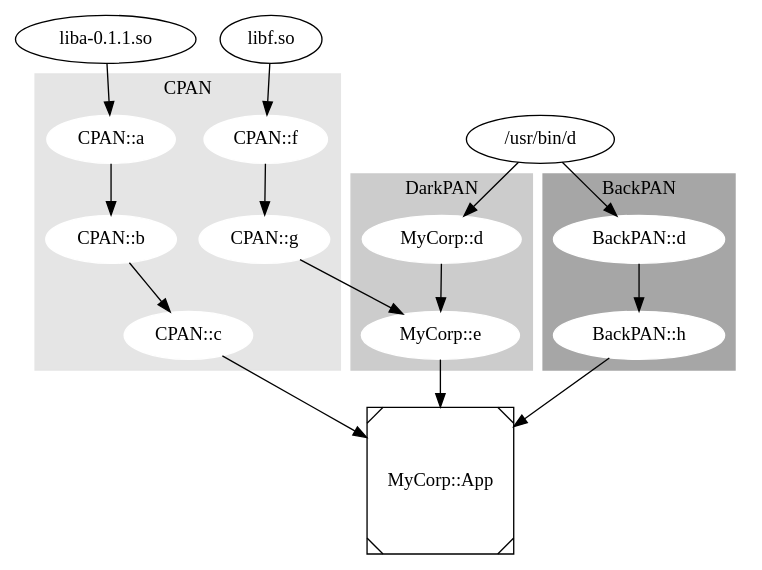
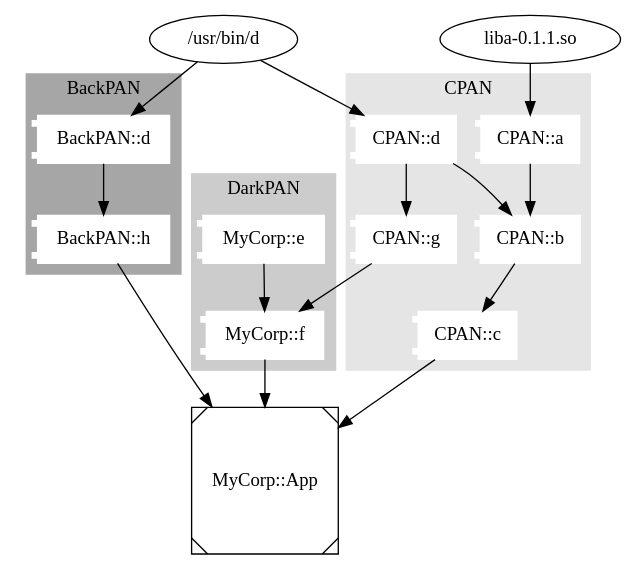
Before and after one commit to CPAN-Security/security.metacpan.org: the diagram in media/CPAN-deps-1.dot, drawn with Graphviz. The commit also changed 2 other files, not shown here.

Commit message:
Remove generated CPAN-deps images, since moving away from the GraphViz document

```diff
--- a/media/CPAN-deps-1.dot
+++ b/media/CPAN-deps-1.dot
@@ -1,41 +1,41 @@
-digraph Dependencies {
+strict digraph CPAN_Dependencies {
 
-  subgraph cluster_darkpan {
+  subgraph cluster_backpan {
     style=filled;
-    color="grey80";
-    node [style=filled,color=white];
-    label = "DarkPAN";
-
-    "MyCorp::d" -> "MyCorp::e";
+    color="grey65";
+    node [shape=component,style=filled,color=white];
+    label = "BackPAN";
+    
+    "BackPAN::d" -> "BackPAN::h";
   }
 
   subgraph cluster_cpan {
     style=filled;
     color="grey90";
-    node [style=filled,color=white];
+    node [shape=component,style=filled,color=white];
     label = "CPAN";
 
     "CPAN::a" -> "CPAN::b" -> "CPAN::c";
-    "CPAN::f" -> "CPAN::g";
+    "CPAN::d" -> "CPAN::g";
   }
 
-  subgraph cluster_backpan {
+  subgraph cluster_darkpan {
     style=filled;
-    color="grey65";
-    node [style=filled,color=white];
-    label = "BackPAN";
-    
-    "BackPAN::d" -> "BackPAN::h";
+    color="grey80";
+    node [shape=component,style=filled,color=white];
+    label = "DarkPAN";
+
+    "MyCorp::e" -> "MyCorp::f";
   }
 
-  "libf.so" -> "CPAN::f";
-  "CPAN::g" -> "MyCorp::e";
+  "CPAN::d" -> "CPAN::b";
+  "CPAN::g" -> "MyCorp::f";
   "/usr/bin/d" -> "BackPAN::d";
-  "/usr/bin/d" -> "MyCorp::d";
+  "/usr/bin/d" -> "CPAN::d";
   "CPAN::c" -> "MyCorp::App";
   "liba-0.1.1.so" -> "CPAN::a";
   "BackPAN::h" -> "MyCorp::App";
-  "MyCorp::e" -> "MyCorp::App";
+  "MyCorp::f" -> "MyCorp::App";
   
    "MyCorp::App" [shape=Msquare];
 }
```
